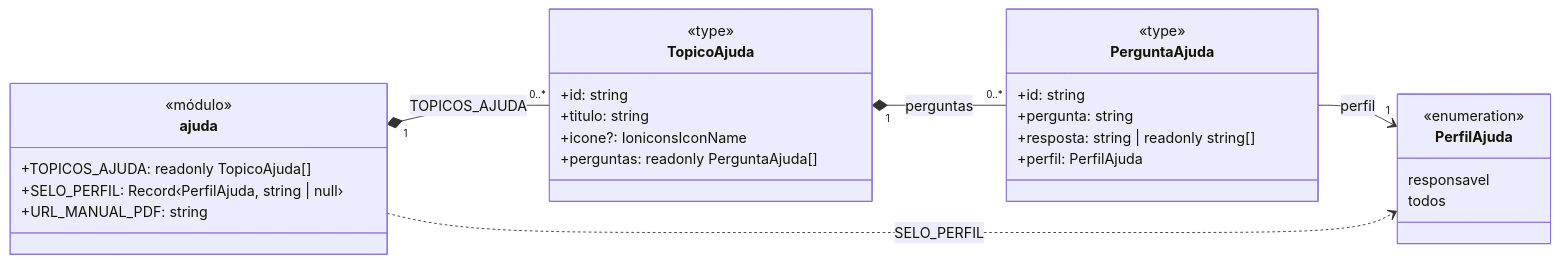
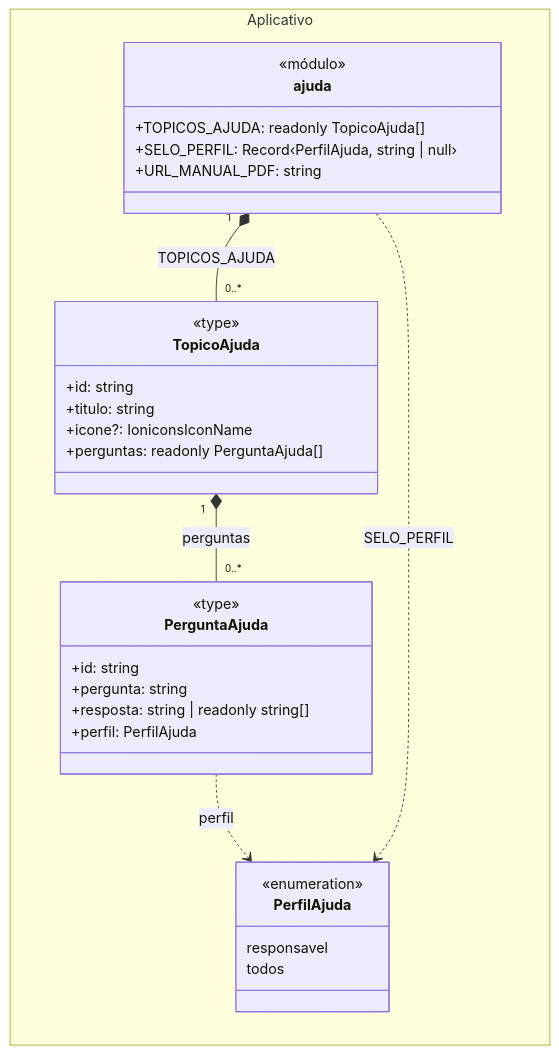
One commit to Conecta-IFSP/DOCUMENTATION changed the first of 2 diagrams in 4 - Incremento3/manual-de-utilizacao/3 - diagrama-classes-manual-de-utilizacao.md. Above: the diagram before and after it, drawn with Mermaid. The commit also changed other lines of this file and 10 other files, not shown here.

````diff
--- a/4 - Incremento3/manual-de-utilizacao/3 - diagrama-classes-manual-de-utilizacao.md
+++ b/4 - Incremento3/manual-de-utilizacao/3 - diagrama-classes-manual-de-utilizacao.md
@@ -11,38 +17,37 @@
 ```mermaid
 classDiagram
     direction LR
 
-    class ajuda {
-        <<módulo>>
-        +TOPICOS_AJUDA: readonly TopicoAjuda[]
-        +SELO_PERFIL: Record‹PerfilAjuda, string | null›
-        +URL_MANUAL_PDF: string
-    }
-
-    class TopicoAjuda {
-        <<type>>
-        +id: string
-        +titulo: string
-        +icone?: IoniconsIconName
-        +perguntas: readonly PerguntaAjuda[]
-    }
-
-    class PerguntaAjuda {
-        <<type>>
-        +id: string
-        +pergunta: string
-        +resposta: string | readonly string[]
-        +perfil: PerfilAjuda
-    }
-
-    class PerfilAjuda {
-        <<enumeration>>
-        responsavel
-        todos
+    namespace Aplicativo {
+        class ajuda {
+            <<módulo>>
+            +TOPICOS_AJUDA: readonly TopicoAjuda[]
+            +SELO_PERFIL: Record‹PerfilAjuda, string | null›
+            +URL_MANUAL_PDF: string
+        }
+        class TopicoAjuda {
+            <<type>>
+            +id: string
+            +titulo: string
+            +icone?: IoniconsIconName
+            +perguntas: readonly PerguntaAjuda[]
+        }
+        class PerguntaAjuda {
+            <<type>>
+            +id: string
+            +pergunta: string
+            +resposta: string | readonly string[]
+            +perfil: PerfilAjuda
+        }
+        class PerfilAjuda {
+            <<enumeration>>
+            responsavel
+            todos
+        }
     }
 
     ajuda "1" *-- "0..*" TopicoAjuda : TOPICOS_AJUDA
     TopicoAjuda "1" *-- "0..*" PerguntaAjuda : perguntas
-    PerguntaAjuda --> "1" PerfilAjuda : perfil
+    PerguntaAjuda ..> PerfilAjuda : perfil
     ajuda ..> PerfilAjuda : SELO_PERFIL
 ```
````
